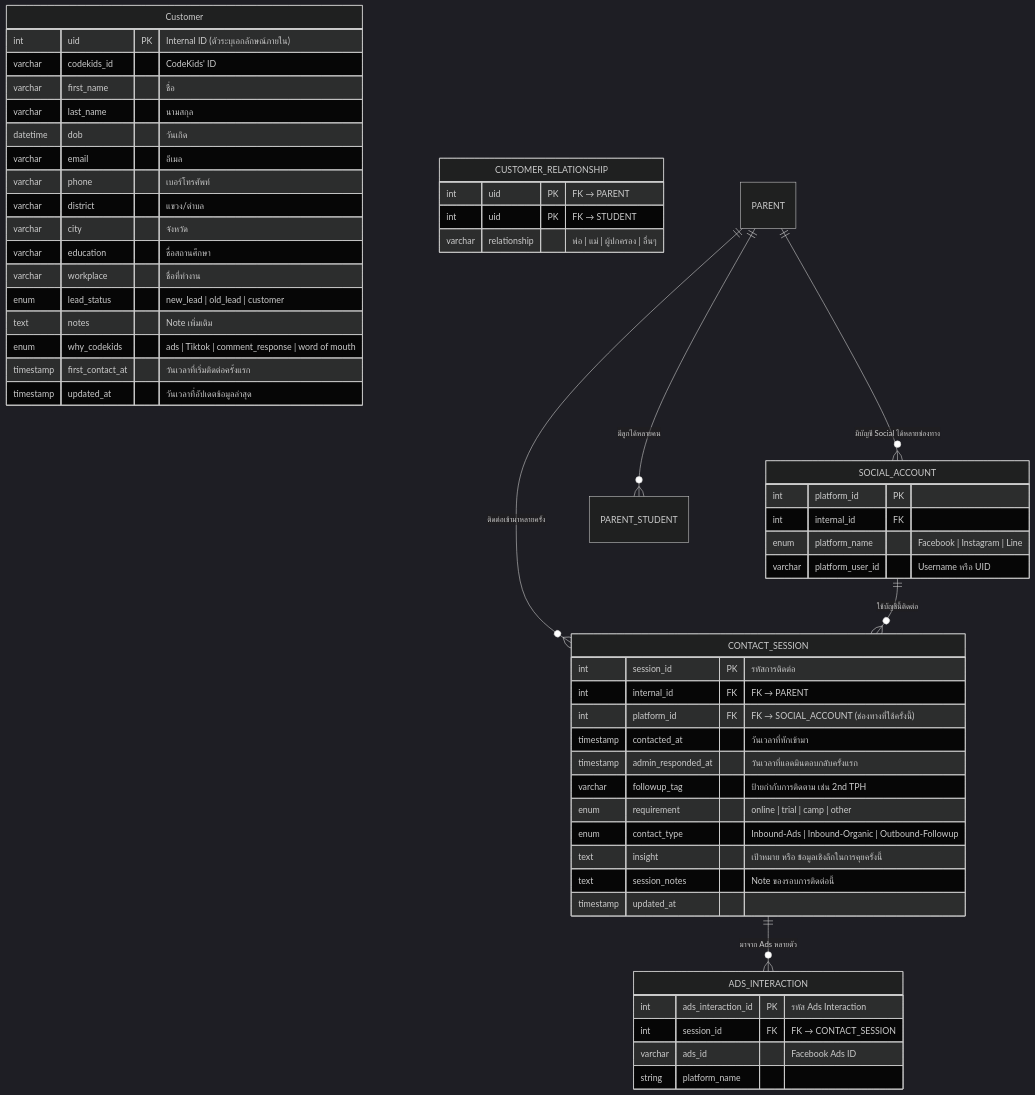
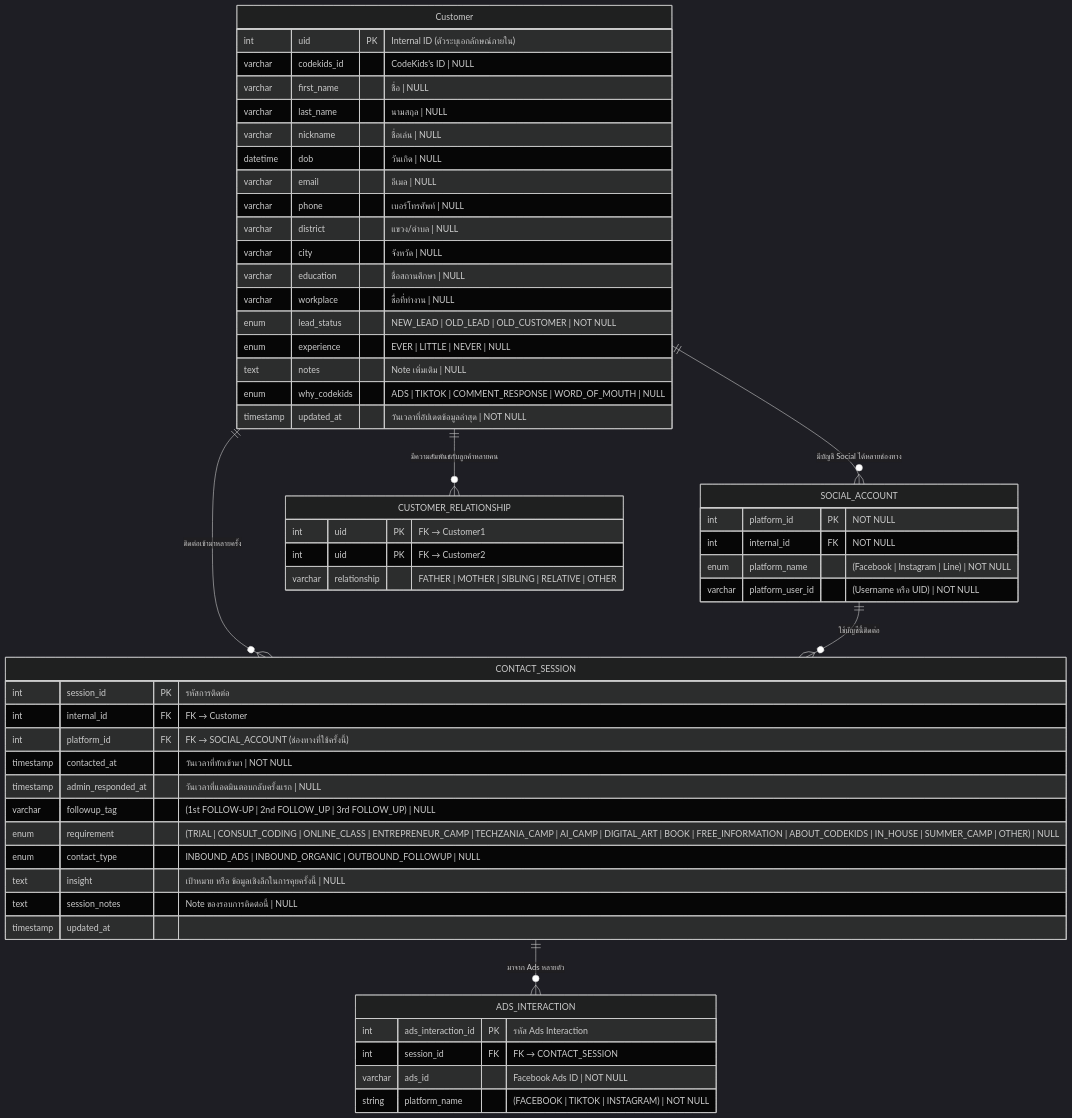
Before and after one commit to raknatee/CodeKids-CRM: the diagram in document/er.MD, drawn with Mermaid (dark theme).

Commit message:
Fix: ER according meeting

````diff
--- a/document/er.MD
+++ b/document/er.MD
@@ -1,74 +1,76 @@
 ```mermaid
 
 erDiagram
 
     %% ════════════════════════════════════════════
     %% CORE IDENTITY LAYER
     %% ════════════════════════════════════════════
 
     Customer {
         int         uid         PK  "Internal ID (ตัวระบุเอกลักษณ์ภายใน)"
-        varchar     codekids_id             "CodeKids' ID"
-        varchar     first_name              "ชื่อ"
-        varchar     last_name               "นามสกุล"
-        datetime    dob                     "วันเกิด"
-        varchar     email                   "อีเมล"
-        varchar     phone                   "เบอร์โทรศัพท์"
-        varchar     district                "แขวง/ตำบล"
-        varchar     city                    "จังหวัด"
-        varchar     education               "ชื่อสถานศึกษา"
-        varchar     workplace               "ชื่อที่ทำงาน"
-        enum        lead_status             "new_lead | old_lead | customer"
-        text        notes                   "Note เพิ่มเติม"
-        enum        why_codekids            "ads | Tiktok | comment_response | word of mouth"
-        timestamp   first_contact_at        "วันเวลาที่เริ่มติดต่อครั้งแรก"
-        timestamp   updated_at              "วันเวลาที่อัปเดตข้อมูลล่าสุด"
+        varchar     codekids_id             "CodeKids's ID | NULL"
+        varchar     first_name              "ชื่อ | NULL"
+        varchar     last_name               "นามสกุล | NULL"
+        varchar     nickname                "ชื่อเล่น | NULL"
+        datetime    dob                     "วันเกิด | NULL"
+        varchar     email                   "อีเมล | NULL"
+        varchar     phone                   "เบอร์โทรศัพท์ | NULL"
+        varchar     district                "แขวง/ตำบล | NULL"
+        varchar     city                    "จังหวัด | NULL"
+        varchar     education               "ชื่อสถานศึกษา | NULL"
+        varchar     workplace               "ชื่อที่ทำงาน | NULL"
+        enum        lead_status             "NEW_LEAD | OLD_LEAD | OLD_CUSTOMER  | NOT NULL"
+        enum        experience              "EVER | LITTLE | NEVER | NULL"
+        text        notes                   "Note เพิ่มเติม  | NULL"
+        enum        why_codekids            "ADS | TIKTOK | COMMENT_RESPONSE | WORD_OF_MOUTH  | NULL"
+        timestamp   updated_at              "วันเวลาที่อัปเดตข้อมูลล่าสุด | NOT NULL"
     }
 
     SOCIAL_ACCOUNT {
-        int         platform_id          PK  
-        int         internal_id          FK  
-        enum        platform_name            "Facebook | Instagram | Line"
-        varchar     platform_user_id         "Username หรือ UID"
+        int         platform_id          PK "NOT NULL"  
+        int         internal_id          FK "NOT NULL"
+        enum        platform_name            "(Facebook | Instagram | Line) | NOT NULL"
+        varchar     platform_user_id         "(Username หรือ UID) | NOT NULL"
     }
 
     CUSTOMER_RELATIONSHIP {
-        int         uid         PK  "FK → PARENT"
-        int         uid          PK  "FK → STUDENT"
-        varchar     relationship            "พ่อ | แม่ | ผู้ปกครอง | อื่นๆ"
+        int         uid         PK  "FK → Customer1"
+        int         uid          PK  "FK → Customer2"
+        varchar     relationship            "FATHER | MOTHER | SIBLING | RELATIVE | OTHER"
     }
 
 
     %% ════════════════════════════════════════════
     %% CONTACT & INTERACTION LAYER
     %% ════════════════════════════════════════════
 
     CONTACT_SESSION {
         int         session_id          PK  "รหัสการติดต่อ"
-        int         internal_id         FK  "FK → PARENT"
+        int         internal_id         FK  "FK → Customer"
         int         platform_id         FK  "FK → SOCIAL_ACCOUNT (ช่องทางที่ใช้ครั้งนี้)"
-        timestamp   contacted_at            "วันเวลาที่ทักเข้ามา"
-        timestamp   admin_responded_at      "วันเวลาที่แอดมินตอบกลับครั้งแรก"
-        varchar     followup_tag            "ป้ายกำกับการติดตาม เช่น 2nd TPH"
-        enum        requirement             "online | trial | camp | other"
-        enum        contact_type            " Inbound-Ads | Inbound-Organic | Outbound-Followup"
-        text        insight                 "เป้าหมาย หรือ ข้อมูลเชิงลึกในการคุยครั้งนี้"
-        text        session_notes           "Note ของรอบการติดต่อนี้"
+        timestamp   contacted_at            "วันเวลาที่ทักเข้ามา | NOT NULL"
+        timestamp   admin_responded_at      "วันเวลาที่แอดมินตอบกลับครั้งแรก | NULL"
+        varchar     followup_tag            "(1st FOLLOW-UP | 2nd FOLLOW_UP | 3rd FOLLOW_UP)  | NULL"
+        enum        requirement             "(TRIAL | CONSULT_CODING | ONLINE_CLASS | ENTREPRENEUR_CAMP | TECHZANIA_CAMP | AI_CAMP | DIGITAL_ART | BOOK | FREE_INFORMATION | ABOUT_CODEKIDS | IN_HOUSE | SUMMER_CAMP | OTHER)  | NULL"
+        enum        contact_type            "INBOUND_ADS | INBOUND_ORGANIC | OUTBOUND_FOLLOWUP | NULL"
+        text        insight                 "เป้าหมาย หรือ ข้อมูลเชิงลึกในการคุยครั้งนี้ | NULL"
+        text        session_notes           "Note ของรอบการติดต่อนี้ | NULL"
         timestamp   updated_at
     }
 
     ADS_INTERACTION {
         int         ads_interaction_id  PK  "รหัส Ads Interaction"
         int         session_id          FK  "FK → CONTACT_SESSION"
-        varchar     ads_id                  "Facebook Ads ID"
-        string      platform_name
+        varchar     ads_id                  "Facebook Ads ID | NOT NULL"
+        string      platform_name           "(FACEBOOK | TIKTOK | INSTAGRAM) | NOT NULL"
     }
 
 
-    PARENT            ||--o{ SOCIAL_ACCOUNT    : "มีบัญชี Social ได้หลายช่องทาง"
-    PARENT            ||--o{ PARENT_STUDENT    : "มีลูกได้หลายคน"
-    PARENT            ||--o{ CONTACT_SESSION   : "ติดต่อเข้ามาหลายครั้ง"
-    SOCIAL_ACCOUNT    ||--o{ CONTACT_SESSION   : "ใช้บัญชีนี้ติดต่อ"
-    CONTACT_SESSION   ||--o{ ADS_INTERACTION   : "มาจาก Ads หลายตัว"
+    Customer                ||--o{ SOCIAL_ACCOUNT    : "มีบัญชี Social ได้หลายช่องทาง"
+    Customer                ||--o{ CUSTOMER_RELATIONSHIP : "มีความสัมพันธ์กับลูกค้าหลายคน"
+    Customer                ||--o{ CONTACT_SESSION   : "ติดต่อเข้ามาหลายครั้ง"
+    SOCIAL_ACCOUNT          ||--o{ CONTACT_SESSION   : "ใช้บัญชีนี้ติดต่อ"
+    CONTACT_SESSION         ||--o{ ADS_INTERACTION   : "มาจาก Ads หลายตัว"
+
     
 ```
````
